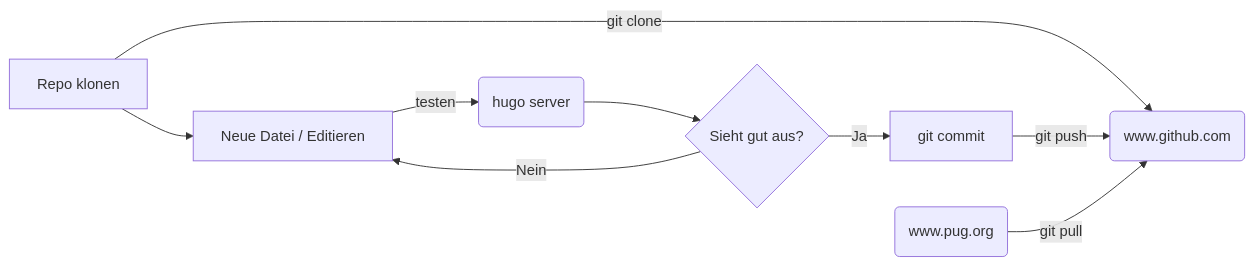
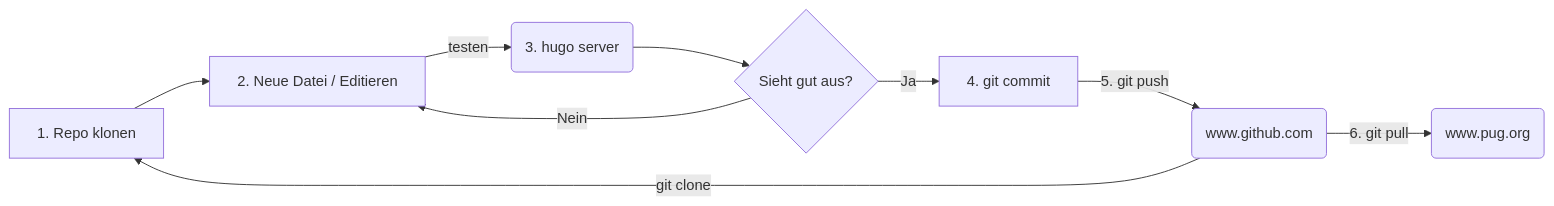
The diagram in content/mitmachen.md (linuxmail/www.pug.org), drawn with Mermaid before and after one commit.

Commit message:
Fix in Grafik

```diff
--- a/content/mitmachen.md
+++ b/content/mitmachen.md
@@ -19,13 +19,14 @@
 {{<mermaid align="center">}}
     graph LR;
-    A[Repo klonen]-->|git clone| H
+    A[ 1. Repo klonen]
+    H -->|git clone| A
     A --> B
-    B[Neue Datei / Editieren] -->|testen| C(hugo server)
+    B[2. Neue Datei / Editieren] -->|testen| C(3. hugo server)
     C--> D{Sieht gut aus?}
     D-->|Ja| E[push to git]
     D-->|Nein| B
-    E[git commit] -->|git push| H
+    E[4. git commit] -->|5. git push| H
     H(www.github.com)
     G(www.pug.org)
-    G -->|git pull| H
+    H -->|6. git pull| G
 {{< /mermaid >}}
```
